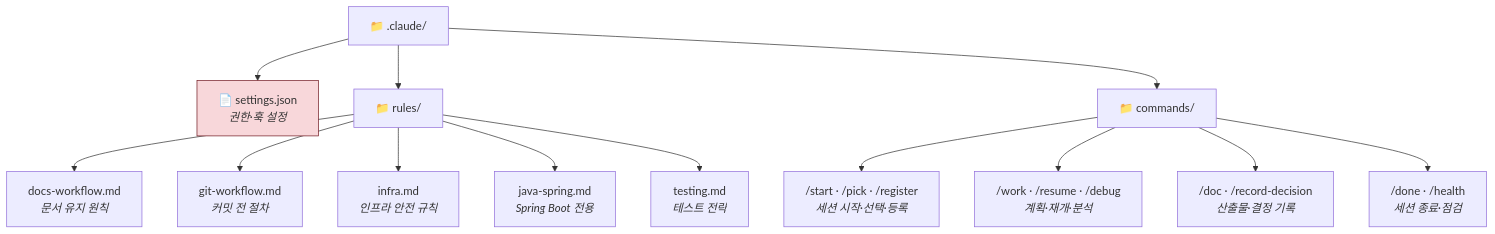
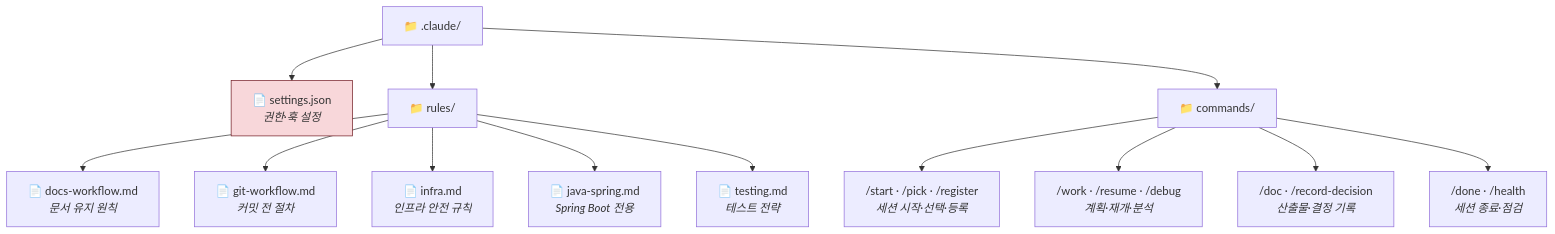
One commit to kyungseo/ai-workflow-harness changed the fourth of 14 diagrams in docs/WORKFLOW-MANUAL.md. Above: the diagram before and after it, drawn with Mermaid. The commit also changed other lines of this file, not shown here.

First line of the commit message:
docs: WORKFLOW-MANUAL 다이어그램 파일/디렉토리 아이콘 통일

````diff
--- a/docs/WORKFLOW-MANUAL.md
+++ b/docs/WORKFLOW-MANUAL.md
@@ -159,21 +159,21 @@
 ```mermaid
 graph TD
     DOT_CLAUDE["📁 .claude/"]
 
     DOT_CLAUDE --> SETTINGS["📄 settings.json<br/><i>권한·훅 설정</i>"]
     DOT_CLAUDE --> RULES["📁 rules/"]
     DOT_CLAUDE --> COMMANDS["📁 commands/"]
 
-    RULES --> R1["docs-workflow.md<br/><i>문서 유지 원칙</i>"]
-    RULES --> R2["git-workflow.md<br/><i>커밋 전 절차</i>"]
-    RULES --> R3["infra.md<br/><i>인프라 안전 규칙</i>"]
-    RULES --> R4["java-spring.md<br/><i>Spring Boot 전용</i>"]
-    RULES --> R5["testing.md<br/><i>테스트 전략</i>"]
+    RULES --> R1["📄 docs-workflow.md<br/><i>문서 유지 원칙</i>"]
+    RULES --> R2["📄 git-workflow.md<br/><i>커밋 전 절차</i>"]
+    RULES --> R3["📄 infra.md<br/><i>인프라 안전 규칙</i>"]
+    RULES --> R4["📄 java-spring.md<br/><i>Spring Boot 전용</i>"]
+    RULES --> R5["📄 testing.md<br/><i>테스트 전략</i>"]
 
     COMMANDS --> CMD_A["/start · /pick · /register<br/><i>세션 시작·선택·등록</i>"]
     COMMANDS --> CMD_B["/work · /resume · /debug<br/><i>계획·재개·분석</i>"]
     COMMANDS --> CMD_C["/doc · /record-decision<br/><i>산출물·결정 기록</i>"]
     COMMANDS --> CMD_D["/done · /health<br/><i>세션 종료·점검</i>"]
 
     style SETTINGS fill:#f8d7da,stroke:#721c24
 ```
````
